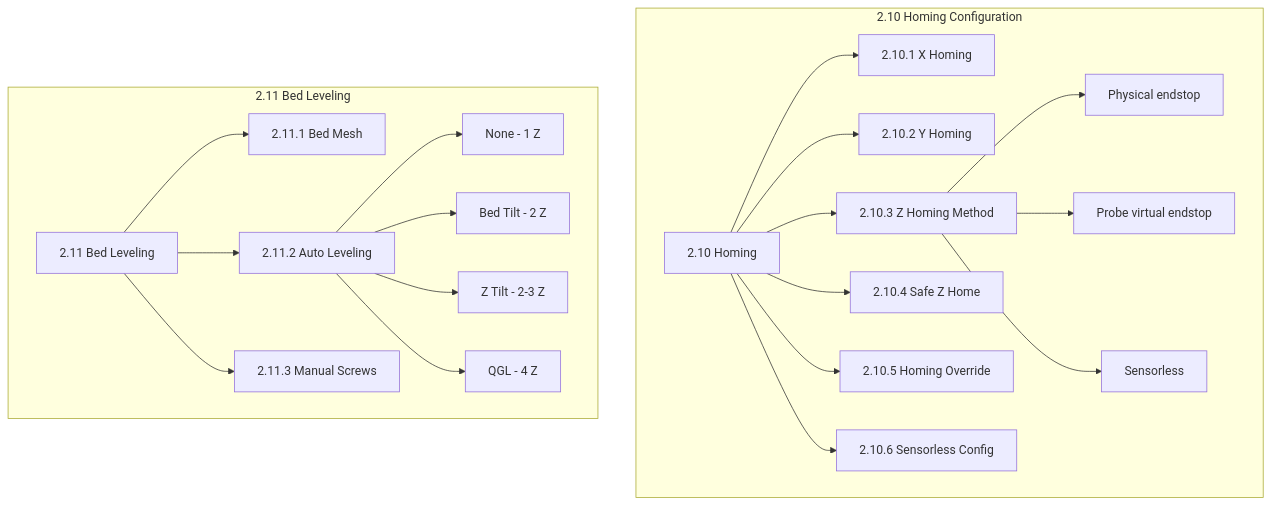
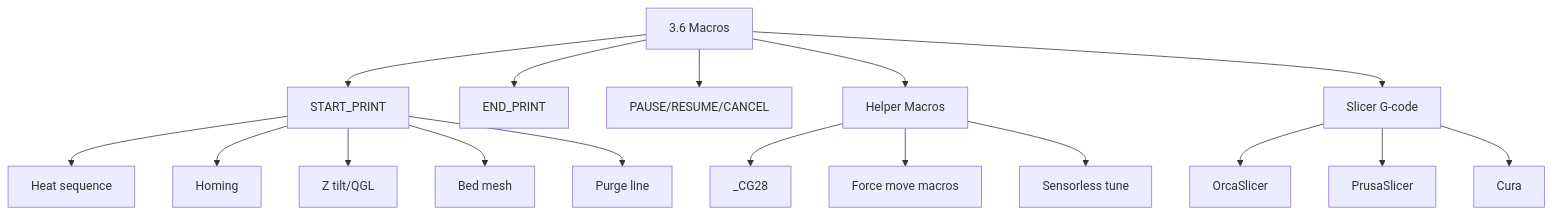
The sixth of 6 diagrams in docs/diagrams/wizard-menu-structure.md (gueee/gschpoozi), drawn with Mermaid before and after one commit. The commit also changed other lines of this file and 1 other file, not shown here.

First line of the commit message:
docs: Add comprehensive wizard structure specification and initial menu schema

````diff
--- a/docs/diagrams/wizard-menu-structure.md
+++ b/docs/diagrams/wizard-menu-structure.md
@@ -808,44 +773,30 @@
 ```mermaid
 flowchart TD
-    subgraph homing [2.10 Homing Configuration]
-        M2_10["2.10 Homing"]
-        M2_10_1["2.10.1 X Homing"]
-        M2_10_2["2.10.2 Y Homing"]
-        M2_10_3["2.10.3 Z Homing Method"]
-        M2_10_3a["Physical endstop"]
-        M2_10_3b["Probe virtual endstop"]
-        M2_10_3c["Sensorless"]
-        M2_10_4["2.10.4 Safe Z Home"]
-        M2_10_5["2.10.5 Homing Override"]
-        M2_10_6["2.10.6 Sensorless Config"]
-    end
+    MACROS["3.6 Macros"]
     
-    subgraph leveling [2.11 Bed Leveling]
-        M2_11["2.11 Bed Leveling"]
-        M2_11_1["2.11.1 Bed Mesh"]
-        M2_11_2["2.11.2 Auto Leveling"]
-        M2_11_2a["None - 1 Z"]
-        M2_11_2b["Bed Tilt - 2 Z"]
-        M2_11_2c["Z Tilt - 2-3 Z"]
-        M2_11_2d["QGL - 4 Z"]
-        M2_11_3["2.11.3 Manual Screws"]
-    end
+    START["START_PRINT"]
+    ENDP["END_PRINT"]
+    CONTROL["PAUSE/RESUME/CANCEL"]
+    HELPERS["Helper Macros"]
+    SLICER["Slicer G-code"]
     
-    M2_10 --> M2_10_1
-    M2_10 --> M2_10_2
-    M2_10 --> M2_10_3
-    M2_10_3 --> M2_10_3a
-    M2_10_3 --> M2_10_3b
-    M2_10_3 --> M2_10_3c
-    M2_10 --> M2_10_4
-    M2_10 --> M2_10_5
-    M2_10 --> M2_10_6
+    MACROS --> START
+    MACROS --> ENDP
+    MACROS --> CONTROL
+    MACROS --> HELPERS
+    MACROS --> SLICER
     
-    M2_11 --> M2_11_1
-    M2_11 --> M2_11_2
-    M2_11_2 --> M2_11_2a
-    M2_11_2 --> M2_11_2b
-    M2_11_2 --> M2_11_2c
-    M2_11_2 --> M2_11_2d
-    M2_11 --> M2_11_3
+    START --> START_HEAT["Heat sequence"]
+    START --> START_HOME["Homing"]
+    START --> START_LEVEL["Z tilt/QGL"]
+    START --> START_MESH["Bed mesh"]
+    START --> START_PURGE["Purge line"]
+    
+    HELPERS --> CG28["_CG28"]
+    HELPERS --> FORCE["Force move macros"]
+    HELPERS --> TUNE["Sensorless tune"]
+    
+    SLICER --> ORCA["OrcaSlicer"]
+    SLICER --> PRUSA["PrusaSlicer"]
+    SLICER --> CURA["Cura"]
 ```
````
